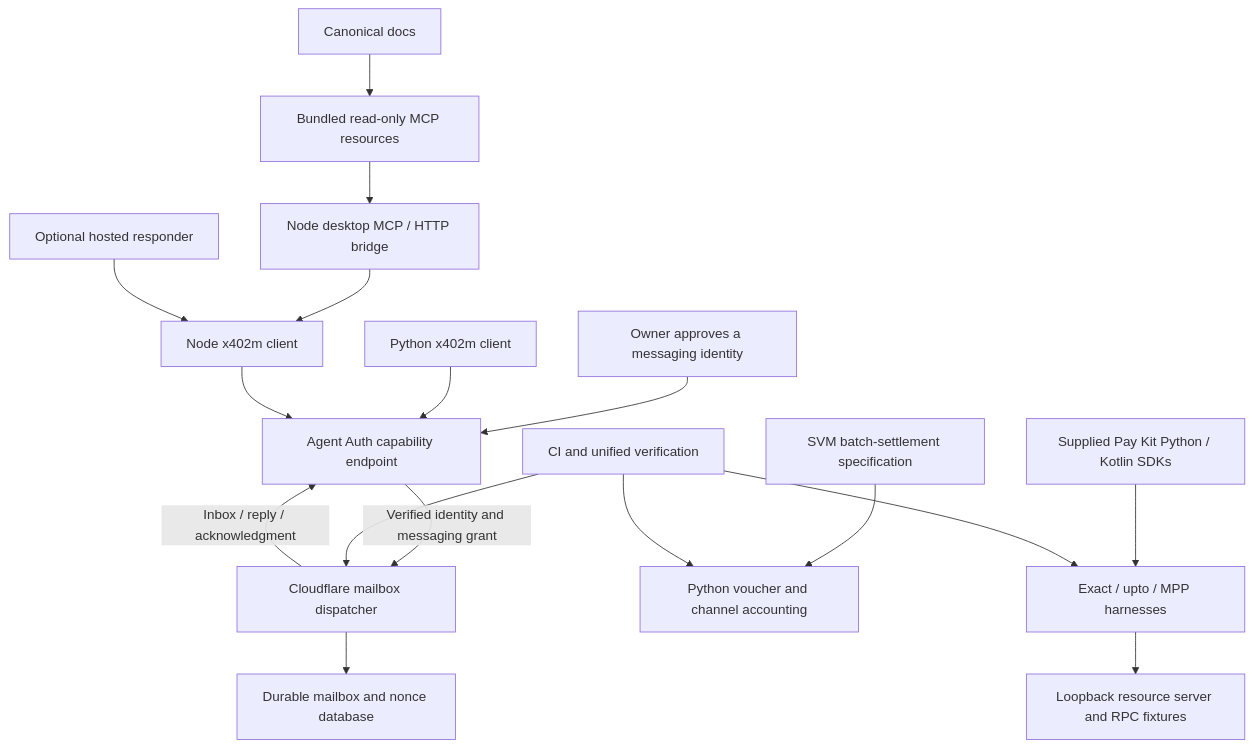
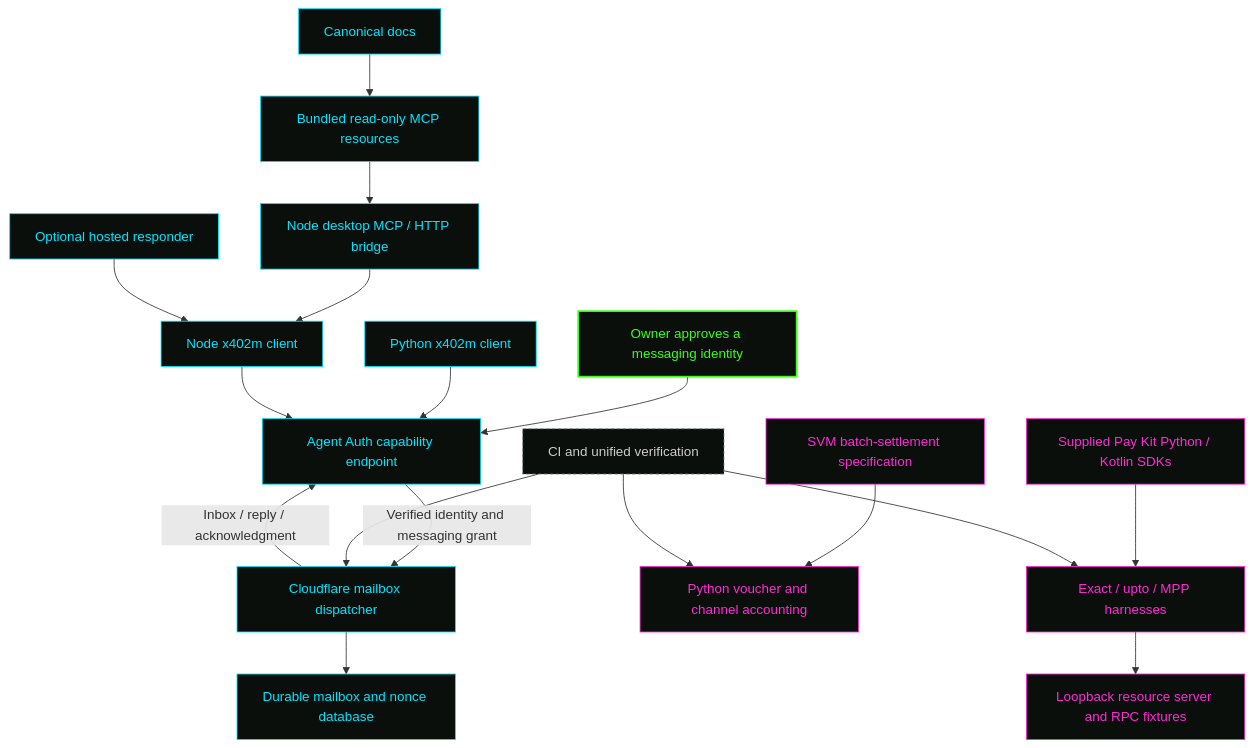
Before and after one commit to Solizardking/x402-messaging: the second of 2 diagrams in README.md, drawn with Mermaid. The commit also changed other lines of this file, not shown here.

Commit message:
README: move components diagram up, cypherpunk styling

````diff
--- a/README.md
+++ b/README.md
@@ -109,19 +85,27 @@
 ```mermaid
 flowchart TD
     Owner[Owner approves a messaging identity] --> Auth[Agent Auth capability endpoint]
     MCP[Node desktop MCP / HTTP bridge] --> Node[Node x402m client]
     Bot[Optional hosted responder] --> Node
     Python[Python x402m client] --> Auth
     Node --> Auth
     Auth -->|Verified identity and messaging grant| CF[Cloudflare mailbox dispatcher]
     CF --> DB[Durable mailbox and nonce database]
     CF -->|Inbox / reply / acknowledgment| Auth
     Docs[Canonical docs] --> Bundled[Bundled read-only MCP resources]
     Bundled --> MCP
     Spec[SVM batch-settlement specification] --> Channels[Python voucher and channel accounting]
     PayKit[Supplied Pay Kit Python / Kotlin SDKs] --> Harness[Exact / upto / MPP harnesses]
     Harness --> Fixture[Loopback resource server and RPC fixtures]
     Tests[CI and unified verification] --> CF
     Tests --> Channels
     Tests --> Harness
+    classDef owner fill:#0b0f0c,stroke:#39ff14,color:#39ff14,stroke-width:2px
+    classDef core fill:#0b0f0c,stroke:#00e5ff,color:#00e5ff
+    classDef pay fill:#0b0f0c,stroke:#ff2bd6,color:#ff2bd6
+    classDef test fill:#0b0f0c,stroke:#888,color:#ccc,stroke-dasharray:4 3
+    class Owner owner
+    class Auth,CF,DB,MCP,Node,Python,Bot,Docs,Bundled core
+    class Spec,Channels,PayKit,Harness,Fixture pay
+    class Tests test
 ```
````
